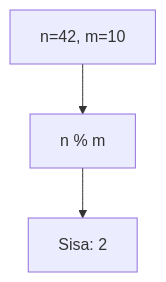
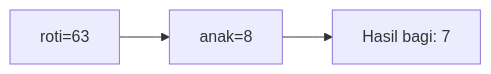
The sixth of 25 diagrams in part-c-pemahaman-cpp/01-tipe-data/latihan/set-10.md (amnahwaida/OSNK_INF_PREP), drawn with Mermaid before and after one commit. The commit also changed other lines of this file and 71 other files, not shown here.

````diff
--- a/part-c-pemahaman-cpp/01-tipe-data/latihan/set-10.md
+++ b/part-c-pemahaman-cpp/01-tipe-data/latihan/set-10.md
@@ -187,5 +163,5 @@
 ```mermaid
-graph TD
-A["n=42, m=10"] --> B["n % m"]
-B --> C["Sisa: 2"]
+graph LR
+A["roti=63"] --> B["anak=8"]
+B --> C["Hasil bagi: 7"]
 ```
````
